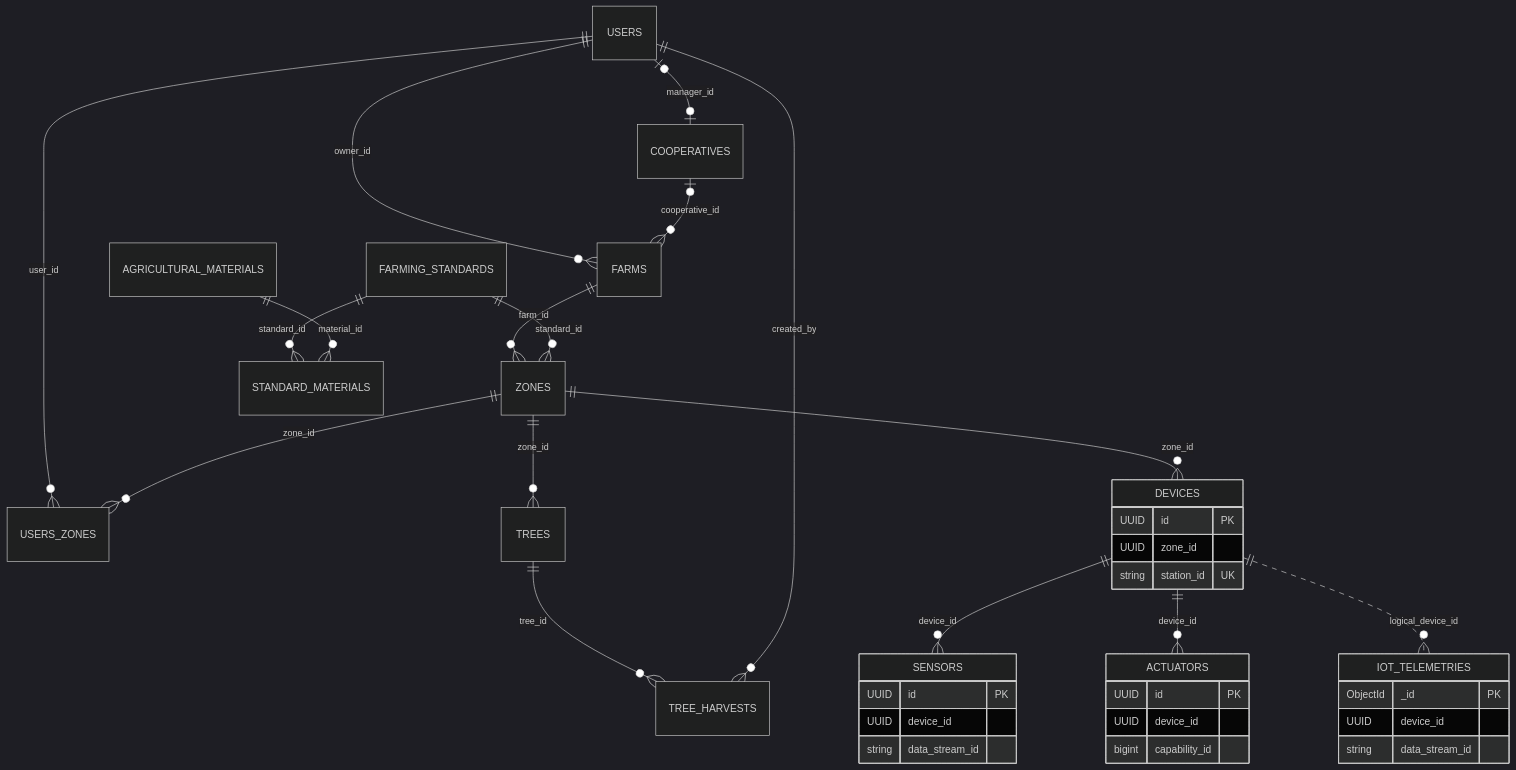
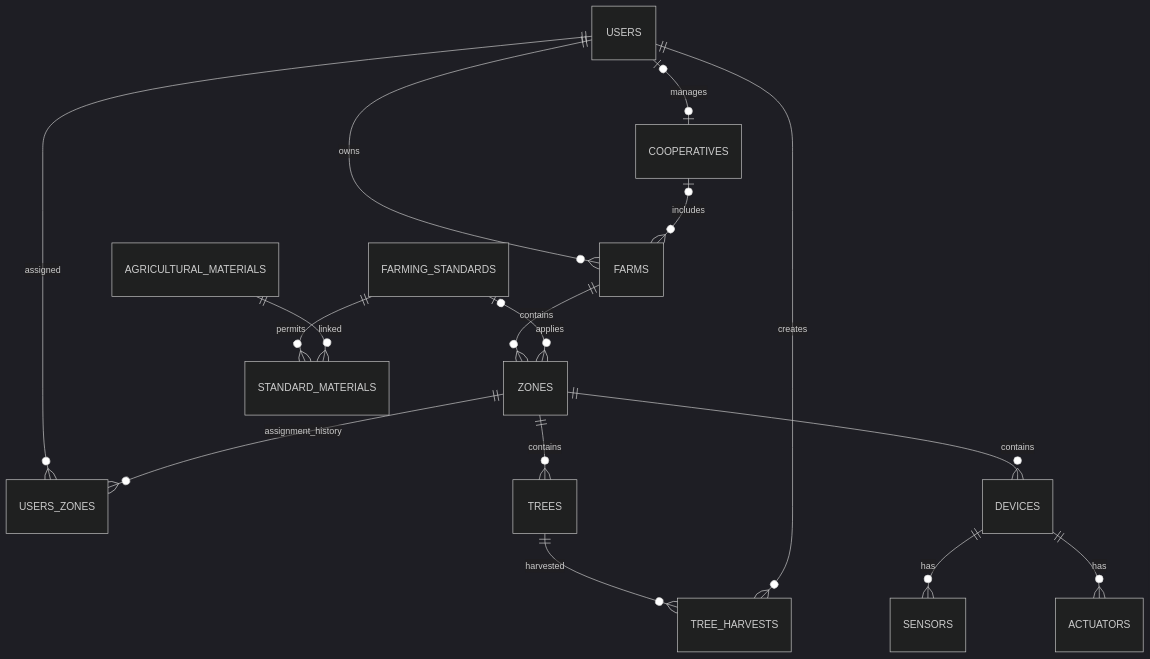
The second of 4 diagrams in docs/CURRENT_SYSTEM_DIAGRAMS.md (lnghuy2301/Smart-Durian-Farm), drawn with Mermaid (dark theme) before and after one commit. The commit also changed other lines of this file and 47 other files, not shown here.

````diff
--- a/docs/CURRENT_SYSTEM_DIAGRAMS.md
+++ b/docs/CURRENT_SYSTEM_DIAGRAMS.md
@@ -39,39 +29,18 @@
 ```mermaid
 erDiagram
-    USERS ||--o{ FARMS : owner_id
-    USERS o|--o| COOPERATIVES : manager_id
-    COOPERATIVES o|--o{ FARMS : cooperative_id
-    FARMS ||--o{ ZONES : farm_id
-    FARMING_STANDARDS ||--o{ ZONES : standard_id
-    USERS ||--o{ USERS_ZONES : user_id
-    ZONES ||--o{ USERS_ZONES : zone_id
-    ZONES ||--o{ TREES : zone_id
-    TREES ||--o{ TREE_HARVESTS : tree_id
-    USERS ||--o{ TREE_HARVESTS : created_by
-    ZONES ||--o{ DEVICES : zone_id
-    DEVICES ||--o{ SENSORS : device_id
-    DEVICES ||--o{ ACTUATORS : device_id
-    DEVICES ||..o{ IOT_TELEMETRIES : logical_device_id
-    FARMING_STANDARDS ||--o{ STANDARD_MATERIALS : standard_id
-    AGRICULTURAL_MATERIALS ||--o{ STANDARD_MATERIALS : material_id
-    DEVICES {
-        UUID id PK
-        UUID zone_id
-        string station_id UK
-    }
-    SENSORS {
-        UUID id PK
-        UUID device_id
-        string data_stream_id
-    }
-    ACTUATORS {
-        UUID id PK
-        UUID device_id
-        bigint capability_id
-    }
-    IOT_TELEMETRIES {
-        ObjectId _id PK
-        UUID device_id
-        string data_stream_id
-    }
+    USERS o|--o| COOPERATIVES : manages
+    USERS ||--o{ FARMS : owns
+    COOPERATIVES o|--o{ FARMS : includes
+    FARMS ||--o{ ZONES : contains
+    FARMING_STANDARDS o|--o{ ZONES : applies
+    USERS ||--o{ USERS_ZONES : assigned
+    ZONES ||--o{ USERS_ZONES : assignment_history
+    ZONES ||--o{ TREES : contains
+    ZONES ||--o{ DEVICES : contains
+    DEVICES ||--o{ SENSORS : has
+    DEVICES ||--o{ ACTUATORS : has
+    TREES ||--o{ TREE_HARVESTS : harvested
+    USERS ||--o{ TREE_HARVESTS : creates
+    FARMING_STANDARDS ||--o{ STANDARD_MATERIALS : permits
+    AGRICULTURAL_MATERIALS ||--o{ STANDARD_MATERIALS : linked
 ```
````
